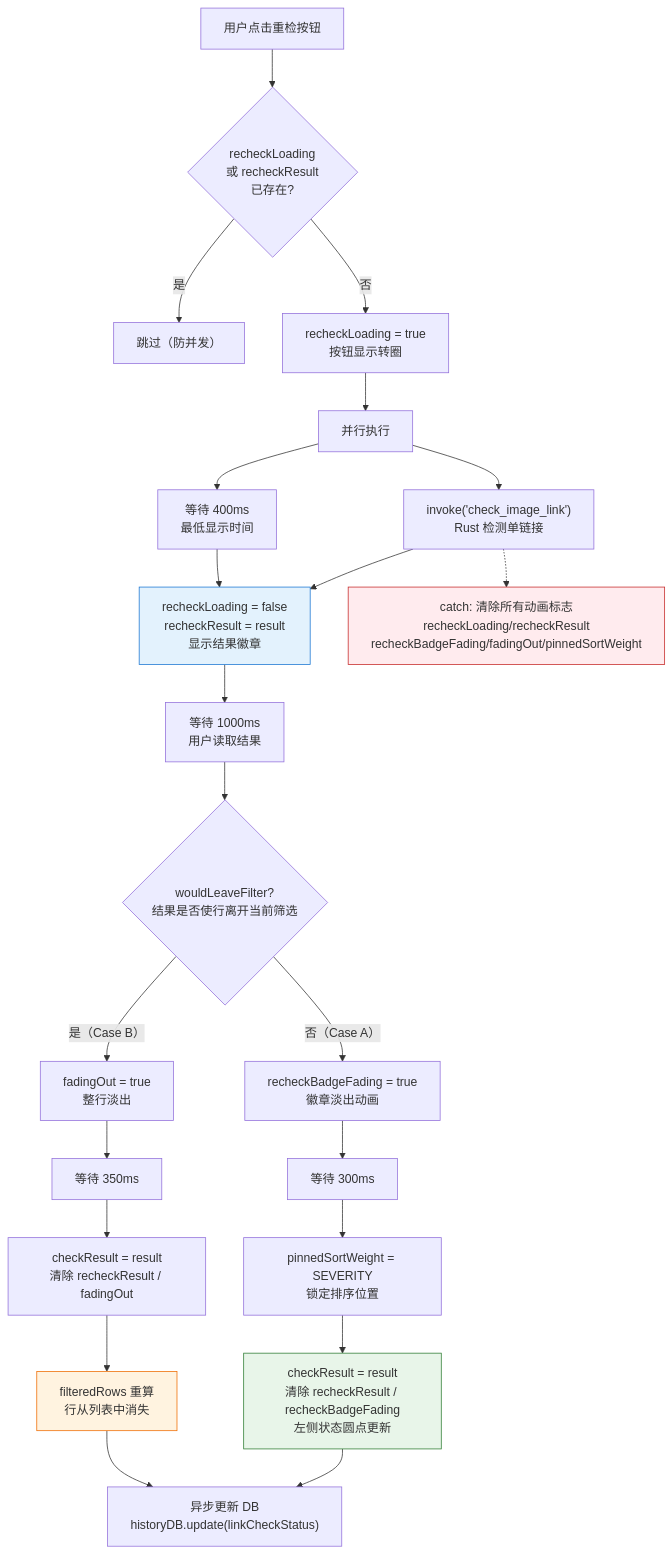
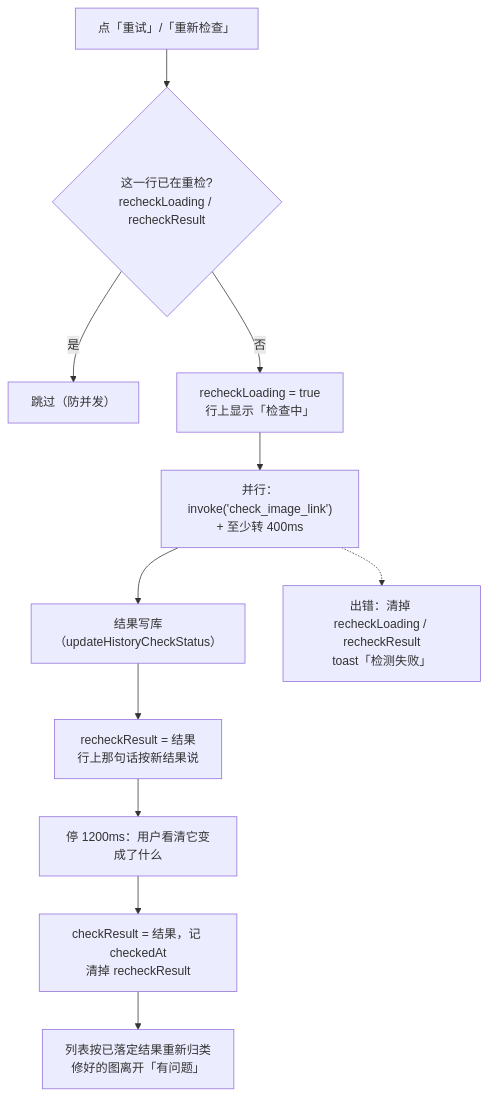
One commit to joeyliu6/PicNexus changed the second of 5 diagrams in docs/flows/link-check-flow.md. Above: the diagram before and after it, drawn with Mermaid. The commit also changed other lines of this file and 1 other file, not shown here.

First line of the commit message:
docs(link-check): describe the per-image list, verdict card and pace

````diff
--- a/docs/flows/link-check-flow.md
+++ b/docs/flows/link-check-flow.md
@@ -160,39 +160,13 @@
 ```mermaid
 flowchart TD
-    A["用户点击重检按钮"] --> B{recheckLoading<br/>或 recheckResult<br/>已存在?}
+    A["点「重试」/「重新检查」"] --> B{这一行已在重检?<br/>recheckLoading / recheckResult}
     B -- 是 --> B1["跳过（防并发）"]
-    B -- 否 --> C["recheckLoading = true<br/>按钮显示转圈"]
-
-    C --> D["并行执行"]
-    D --> D1["invoke('check_image_link')<br/>Rust 检测单链接"]
-    D --> D2["等待 400ms<br/>最低显示时间"]
-    D1 & D2 --> E["recheckLoading = false<br/>recheckResult = result<br/>显示结果徽章"]
-
-    E --> F["等待 1000ms<br/>用户读取结果"]
-
-    F --> G{"wouldLeaveFilter?<br/>结果是否使行离开当前筛选"}
-
-    %% Case A：行留在列表
-    G -- "否（Case A）" --> H["recheckBadgeFading = true<br/>徽章淡出动画"]
-    H --> H1["等待 300ms"]
-    H1 --> H2["pinnedSortWeight = SEVERITY<br/>锁定排序位置"]
-    H2 --> H3["checkResult = result<br/>清除 recheckResult / recheckBadgeFading<br/>左侧状态圆点更新"]
-
-    %% Case B：行淡出消失
-    G -- "是（Case B）" --> I["fadingOut = true<br/>整行淡出"]
-    I --> I1["等待 350ms"]
-    I1 --> I2["checkResult = result<br/>清除 recheckResult / fadingOut"]
-    I2 --> I3["filteredRows 重算<br/>行从列表中消失"]
-
-    %% 收尾
-    H3 --> J["异步更新 DB<br/>historyDB.update(linkCheckStatus)"]
-    I3 --> J
-
-    %% 错误分支
-    D1 -.-> ERR["catch: 清除所有动画标志<br/>recheckLoading/recheckResult<br/>recheckBadgeFading/fadingOut/pinnedSortWeight"]
-
-    style E fill:#e3f2fd,stroke:#1976d2
-    style H3 fill:#e8f5e9,stroke:#2e7d32
-    style I3 fill:#fff3e0,stroke:#ef6c00
-    style ERR fill:#ffebee,stroke:#c62828
+    B -- 否 --> C["recheckLoading = true<br/>行上显示「检查中」"]
+    C --> D["并行：invoke('check_image_link')<br/>+ 至少转 400ms"]
+    D --> E["结果写库（updateHistoryCheckStatus）"]
+    E --> F["recheckResult = 结果<br/>行上那句话按新结果说"]
+    F --> G["停 1200ms：用户看清它变成了什么"]
+    G --> H["checkResult = 结果，记 checkedAt<br/>清掉 recheckResult"]
+    H --> I["列表按已落定结果重新归类<br/>修好的图离开「有问题」"]
+    D -.-> ERR["出错：清掉 recheckLoading / recheckResult<br/>toast「检测失败」"]
 ```
````
